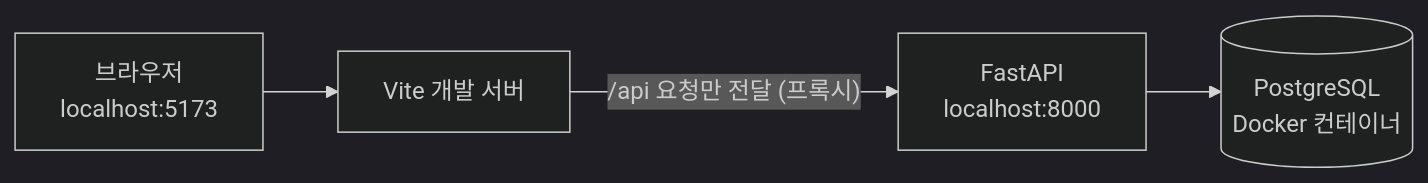
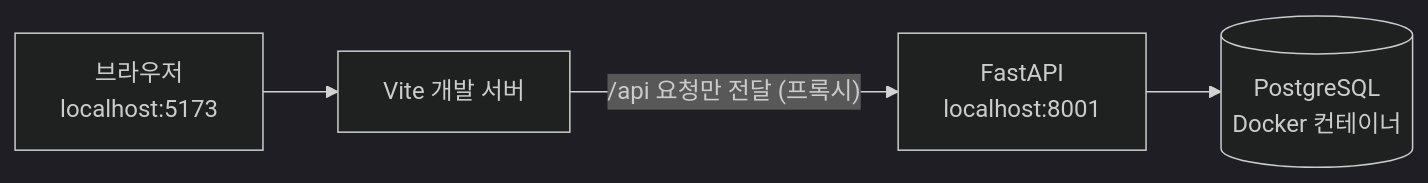
Before and after one commit to sagming40/PlayLedger: the second of 7 diagrams in docs/02_architecture.md, drawn with Mermaid (dark theme). The commit also changed other lines of this file and 2 other files, not shown here.

````diff
--- a/docs/02_architecture.md
+++ b/docs/02_architecture.md
@@ -47,6 +47,6 @@
 ```mermaid
 flowchart LR
     Browser["브라우저<br/>localhost:5173"] --> Vite["Vite 개발 서버"]
-    Vite -->|"/api 요청만 전달 (프록시)"| API["FastAPI<br/>localhost:8000"]
+    Vite -->|"/api 요청만 전달 (프록시)"| API["FastAPI<br/>localhost:8001"]
     API --> DB[("PostgreSQL<br/>Docker 컨테이너")]
 ```
````
